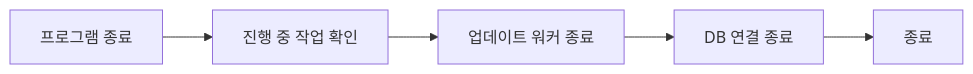
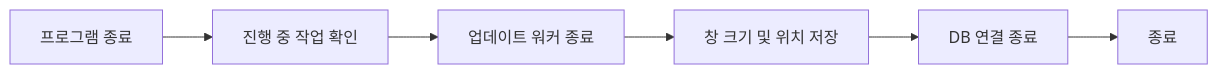
Diagram 44 of 44 in docs/03_SYSTEM_FLOW.md (PKT0623/PixivLocalManager), drawn with Mermaid before and after one commit. The commit also changed other lines of this file and 10 other files, not shown here.

Commit message:
docs: update V2 completion status and V3 roadmap

````diff
--- a/docs/03_SYSTEM_FLOW.md
+++ b/docs/03_SYSTEM_FLOW.md
@@ -897,11 +1022,12 @@
-```mermaid 
+```mermaid
 flowchart LR
 
 A[프로그램 종료]
 
 A --> B[진행 중 작업 확인]
 B --> C[업데이트 워커 종료]
-C --> D[DB 연결 종료]
+C --> D[창 크기 및 위치 저장]
+D --> E[DB 연결 종료]
 
-D --> E[종료]
+E --> F[종료]
 ```
````
